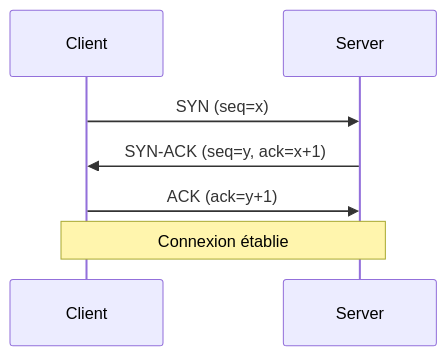
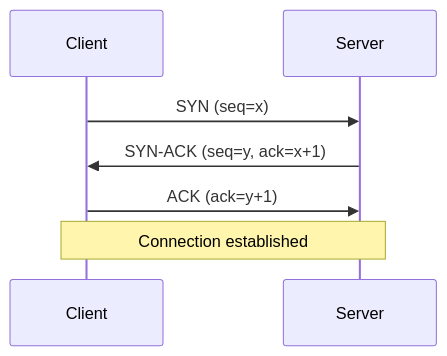
The third of 6 diagrams in README.md (Giremuu/iia_techno-distrib), drawn with Mermaid before and after one commit. The commit also changed other lines of this file, not shown here.

````diff
--- a/README.md
+++ b/README.md
@@ -77,9 +76,9 @@
 ```mermaid
 sequenceDiagram
     participant C as Client
     participant S as Server
     C->>S: SYN (seq=x)
     S->>C: SYN-ACK (seq=y, ack=x+1)
     C->>S: ACK (ack=y+1)
-    note over C,S: Connexion établie
+    note over C,S: Connection established
 ```
````
